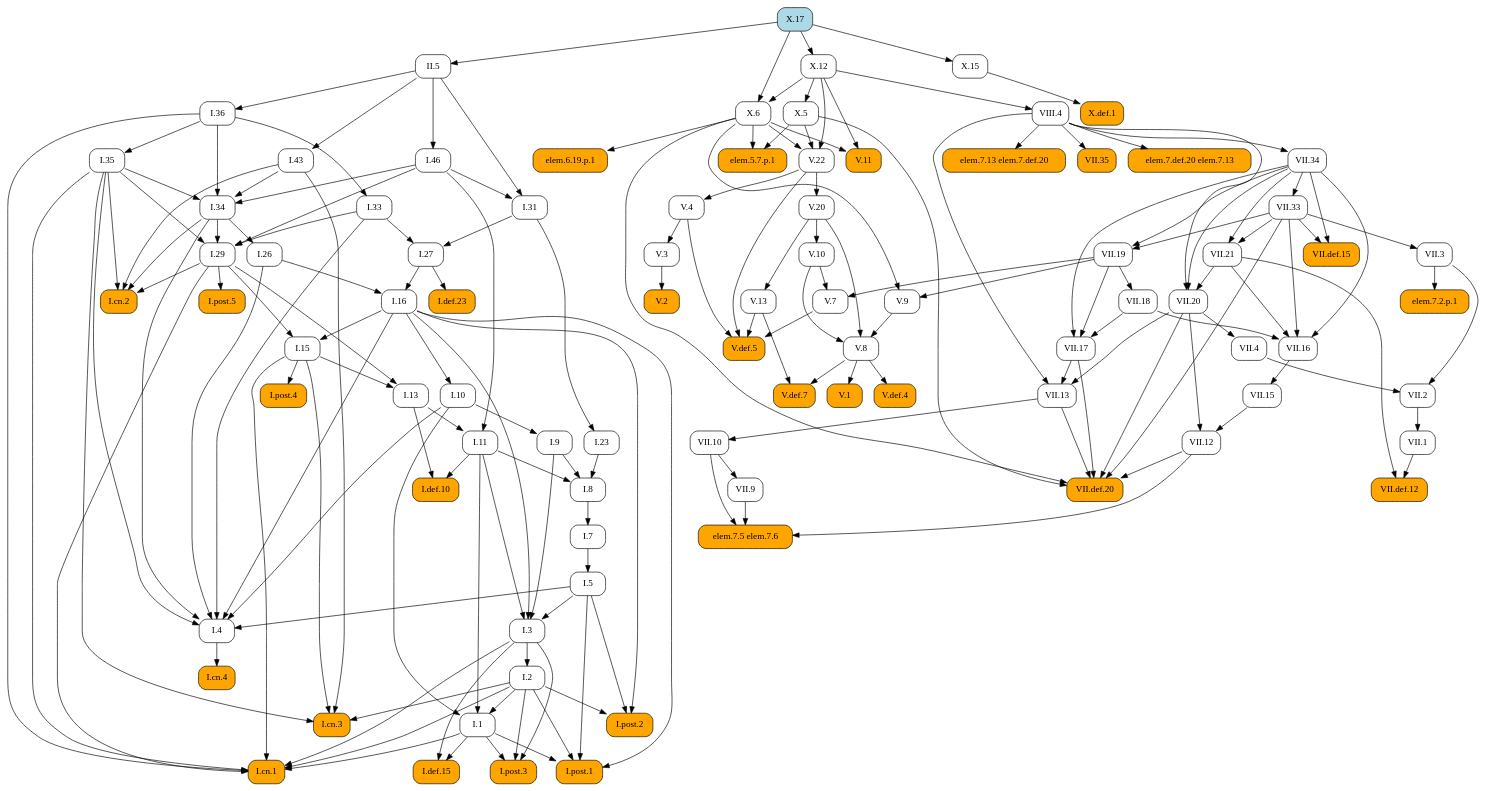
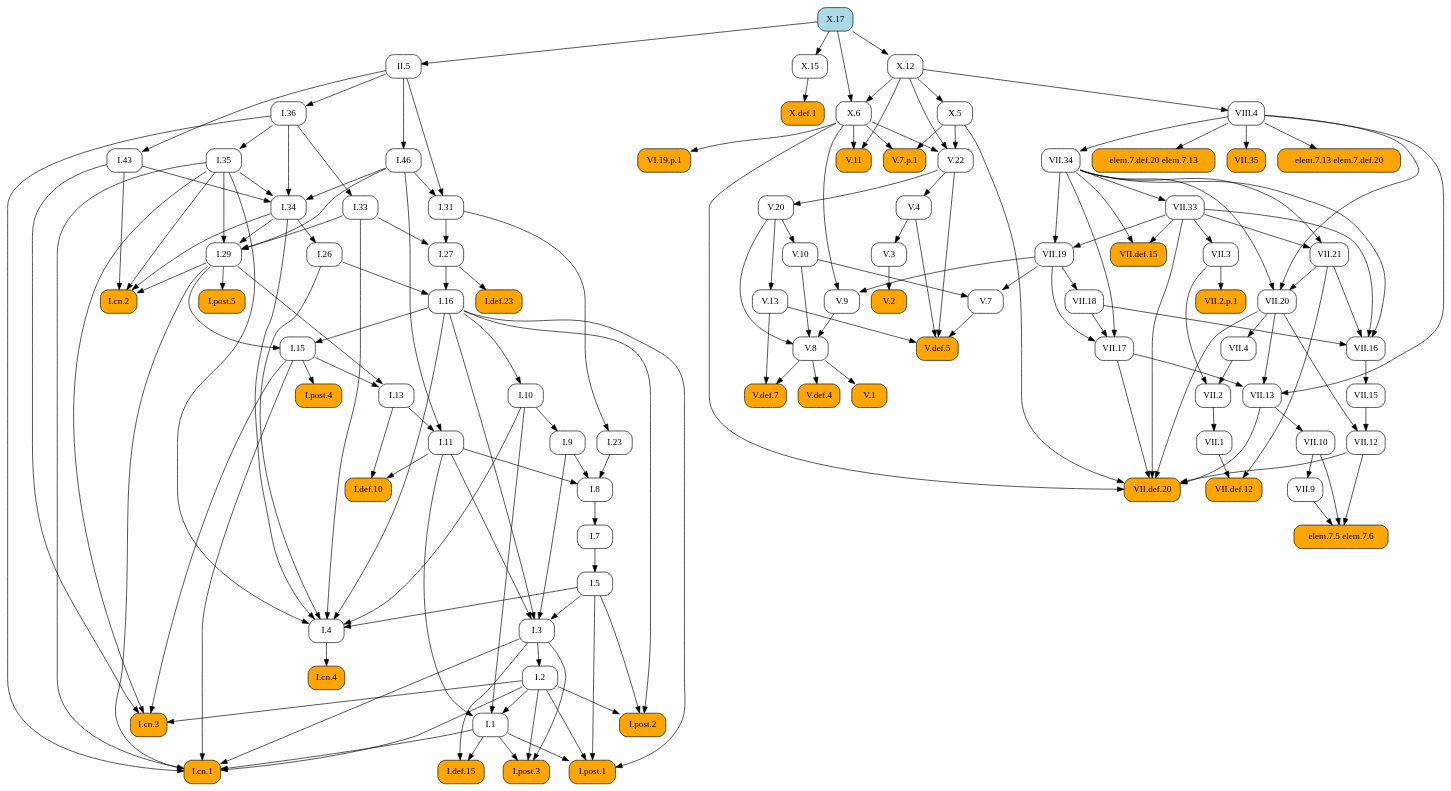
One commit to geometor/elements changed the diagram in docsrc/heath/X/17/index.rst. Above: the diagram before and after it, drawn with Graphviz. The commit also changed 484 other files, not shown here.

```diff
--- a/docsrc/heath/X/17/index.rst
+++ b/docsrc/heath/X/17/index.rst
@@ -70,163 +70,137 @@
    digraph {
      rankdir="TB";
      node [shape=box, style=rounded];
+     "I.23" [URL="/heath/I/23/", target="_top"];
+     "X.15" [URL="/heath/X/15/", target="_top"];
+     "elem.7.def.20 elem.7.13" [style="rounded,filled", fillcolor=orange];
+     "I.9" [URL="/heath/I/9/", target="_top"];
+     "VII.12" [URL="/heath/VII/12/", target="_top"];
+     "VII.34" [URL="/heath/VII/34/", target="_top"];
+     "V.13" [URL="/heath/V/13/", target="_top"];
+     "I.def.15" [style="rounded,filled", fillcolor=orange, URL="/heath/I/def.15/", target="_top"];
+     "VII.16" [URL="/heath/VII/16/", target="_top"];
+     "V.7" [URL="/heath/V/7/", target="_top"];
+     "V.7.p.1" [style="rounded,filled", fillcolor=orange];
+     "I.post.1" [style="rounded,filled", fillcolor=orange, URL="/heath/I/post.1/", target="_top"];
+     "I.43" [URL="/heath/I/43/", target="_top"];
+     "V.9" [URL="/heath/V/9/", target="_top"];
+     "X.6" [URL="/heath/X/6/", target="_top"];
+     "I.31" [URL="/heath/I/31/", target="_top"];
+     "VII.13" [URL="/heath/VII/13/", target="_top"];
      "I.def.10" [style="rounded,filled", fillcolor=orange, URL="/heath/I/def.10/", target="_top"];
+     "V.10" [URL="/heath/V/10/", target="_top"];
+     "VIII.4" [URL="/heath/VIII/4/", target="_top"];
+     "V.4" [URL="/heath/V/4/", target="_top"];
+     "VII.35" [style="rounded,filled", fillcolor=orange, URL="/heath/VII/35/", target="_top"];
+     "V.11" [style="rounded,filled", fillcolor=orange, URL="/heath/V/11/", target="_top"];
+     "VII.2.p.1" [style="rounded,filled", fillcolor=orange];
+     "I.34" [URL="/heath/I/34/", target="_top"];
+     "VII.def.20" [style="rounded,filled", fillcolor=orange, URL="/heath/VII/def.20/", target="_top"];
+     "VII.15" [URL="/heath/VII/15/", target="_top"];
+     "I.3" [URL="/heath/I/3/", target="_top"];
+     "V.def.4" [style="rounded,filled", fillcolor=orange, URL="/heath/V/def.4/", target="_top"];
+     "X.17" [style="rounded,filled", fillcolor=lightblue, URL="/heath/X/17/", target="_top"];
+     "V.def.7" [style="rounded,filled", fillcolor=orange, URL="/heath/V/def.7/", target="_top"];
+     "I.2" [URL="/heath/I/2/", target="_top"];
+     "V.3" [URL="/heath/V/3/", target="_top"];
+     "I.13" [URL="/heath/I/13/", target="_top"];
+     "I.post.4" [style="rounded,filled", fillcolor=orange, URL="/heath/I/post.4/", target="_top"];
+     "I.4" [URL="/heath/I/4/", target="_top"];
+     "I.1" [URL="/heath/I/1/", target="_top"];
+     "I.8" [URL="/heath/I/8/", target="_top"];
+     "VII.21" [URL="/heath/VII/21/", target="_top"];
+     "I.29" [URL="/heath/I/29/", target="_top"];
+     "V.8" [URL="/heath/V/8/", target="_top"];
+     "I.15" [URL="/heath/I/15/", target="_top"];
+     "VII.def.12" [style="rounded,filled", fillcolor=orange, URL="/heath/VII/def.12/", target="_top"];
+     "I.10" [URL="/heath/I/10/", target="_top"];
      "I.11" [URL="/heath/I/11/", target="_top"];
-     "I.post.4" [style="rounded,filled", fillcolor=orange, URL="/heath/I/post.4/", target="_top"];
-     "I.1" [URL="/heath/I/1/", target="_top"];
+     "I.def.23" [style="rounded,filled", fillcolor=orange, URL="/heath/I/def.23/", target="_top"];
+     "elem.7.13 elem.7.def.20" [style="rounded,filled", fillcolor=orange];
+     "VII.20" [URL="/heath/VII/20/", target="_top"];
+     "I.46" [URL="/heath/I/46/", target="_top"];
+     "I.26" [URL="/heath/I/26/", target="_top"];
+     "VII.33" [URL="/heath/VII/33/", target="_top"];
+     "I.33" [URL="/heath/I/33/", target="_top"];
+     "elem.7.5 elem.7.6" [style="rounded,filled", fillcolor=orange];
+     "VII.9" [URL="/heath/VII/9/", target="_top"];
+     "VII.18" [URL="/heath/VII/18/", target="_top"];
+     "X.12" [URL="/heath/X/12/", target="_top"];
+     "I.post.3" [style="rounded,filled", fillcolor=orange, URL="/heath/I/post.3/", target="_top"];
+     "V.def.5" [style="rounded,filled", fillcolor=orange, URL="/heath/V/def.5/", target="_top"];
+     "II.5" [URL="/heath/II/5/", target="_top"];
+     "VII.10" [URL="/heath/VII/10/", target="_top"];
+     "I.27" [URL="/heath/I/27/", target="_top"];
+     "V.20" [URL="/heath/V/20/", target="_top"];
+     "VII.def.15" [style="rounded,filled", fillcolor=orange, URL="/heath/VII/def.15/", target="_top"];
+     "VII.17" [URL="/heath/VII/17/", target="_top"];
+     "VII.19" [URL="/heath/VII/19/", target="_top"];
+     "VII.2" [URL="/heath/VII/2/", target="_top"];
+     "I.35" [URL="/heath/I/35/", target="_top"];
+     "I.cn.1" [style="rounded,filled", fillcolor=orange, URL="/heath/I/cn.1/", target="_top"];
+     "V.2" [style="rounded,filled", fillcolor=orange, URL="/heath/V/2/", target="_top"];
+     "I.7" [URL="/heath/I/7/", target="_top"];
+     "I.36" [URL="/heath/I/36/", target="_top"];
+     "X.def.1" [style="rounded,filled", fillcolor=orange, URL="/heath/X/def.1/", target="_top"];
+     "X.5" [URL="/heath/X/5/", target="_top"];
+     "I.5" [URL="/heath/I/5/", target="_top"];
+     "VI.19.p.1" [style="rounded,filled", fillcolor=orange];
      "VII.1" [URL="/heath/VII/1/", target="_top"];
-     "VII.9" [URL="/heath/VII/9/", target="_top"];
-     "V.def.5" [style="rounded,filled", fillcolor=orange, URL="/heath/V/def.5/", target="_top"];
-     "X.def.1" [style="rounded,filled", fillcolor=orange, URL="/heath/X/def.1/", target="_top"];
-     "V.13" [URL="/heath/V/13/", target="_top"];
-     "V.11" [style="rounded,filled", fillcolor=orange, URL="/heath/V/11/", target="_top"];
-     "X.17" [style="rounded,filled", fillcolor=lightblue, URL="/heath/X/17/", target="_top"];
-     "elem.7.5 elem.7.6" [style="rounded,filled", fillcolor=orange];
-     "I.post.3" [style="rounded,filled", fillcolor=orange, URL="/heath/I/post.3/", target="_top"];
      "I.cn.3" [style="rounded,filled", fillcolor=orange, URL="/heath/I/cn.3/", target="_top"];
-     "VII.13" [URL="/heath/VII/13/", target="_top"];
-     "VII.2" [URL="/heath/VII/2/", target="_top"];
-     "V.3" [URL="/heath/V/3/", target="_top"];
-     "elem.7.13 elem.7.def.20" [style="rounded,filled", fillcolor=orange];
-     "VII.12" [URL="/heath/VII/12/", target="_top"];
-     "I.36" [URL="/heath/I/36/", target="_top"];
-     "VII.def.12" [style="rounded,filled", fillcolor=orange, URL="/heath/VII/def.12/", target="_top"];
-     "V.8" [URL="/heath/V/8/", target="_top"];
-     "I.27" [URL="/heath/I/27/", target="_top"];
-     "elem.7.2.p.1" [style="rounded,filled", fillcolor=orange];
-     "I.34" [URL="/heath/I/34/", target="_top"];
-     "VII.10" [URL="/heath/VII/10/", target="_top"];
-     "I.2" [URL="/heath/I/2/", target="_top"];
-     "I.def.23" [style="rounded,filled", fillcolor=orange, URL="/heath/I/def.23/", target="_top"];
-     "VII.18" [URL="/heath/VII/18/", target="_top"];
-     "I.33" [URL="/heath/I/33/", target="_top"];
-     "I.post.2" [style="rounded,filled", fillcolor=orange, URL="/heath/I/post.2/", target="_top"];
-     "VII.21" [URL="/heath/VII/21/", target="_top"];
-     "VII.20" [URL="/heath/VII/20/", target="_top"];
-     "VII.35" [style="rounded,filled", fillcolor=orange, URL="/heath/VII/35/", target="_top"];
-     "I.9" [URL="/heath/I/9/", target="_top"];
-     "V.def.4" [style="rounded,filled", fillcolor=orange, URL="/heath/V/def.4/", target="_top"];
-     "I.cn.4" [style="rounded,filled", fillcolor=orange, URL="/heath/I/cn.4/", target="_top"];
-     "I.15" [URL="/heath/I/15/", target="_top"];
-     "V.def.7" [style="rounded,filled", fillcolor=orange, URL="/heath/V/def.7/", target="_top"];
-     "VII.def.20" [style="rounded,filled", fillcolor=orange, URL="/heath/VII/def.20/", target="_top"];
-     "I.5" [URL="/heath/I/5/", target="_top"];
-     "elem.7.def.20 elem.7.13" [style="rounded,filled", fillcolor=orange];
-     "I.26" [URL="/heath/I/26/", target="_top"];
-     "I.29" [URL="/heath/I/29/", target="_top"];
+     "I.16" [URL="/heath/I/16/", target="_top"];
+     "VII.4" [URL="/heath/VII/4/", target="_top"];
+     "V.1" [style="rounded,filled", fillcolor=orange, URL="/heath/V/1/", target="_top"];
      "V.22" [URL="/heath/V/22/", target="_top"];
      "I.cn.2" [style="rounded,filled", fillcolor=orange, URL="/heath/I/cn.2/", target="_top"];
-     "X.6" [URL="/heath/X/6/", target="_top"];
-     "V.20" [URL="/heath/V/20/", target="_top"];
-     "V.10" [URL="/heath/V/10/", target="_top"];
-     "VII.17" [URL="/heath/VII/17/", target="_top"];
+     "I.post.5" [style="rounded,filled", fillcolor=orange, URL="/heath/I/post.5/", target="_top"];
      "VII.3" [URL="/heath/VII/3/", target="_top"];
-     "I.def.15" [style="rounded,filled", fillcolor=orange, URL="/heath/I/def.15/", target="_top"];
-     "II.5" [URL="/heath/II/5/", target="_top"];
-     "I.cn.1" [style="rounded,filled", fillcolor=orange, URL="/heath/I/cn.1/", target="_top"];
-     "V.7" [URL="/heath/V/7/", target="_top"];
-     "V.9" [URL="/heath/V/9/", target="_top"];
-     "I.23" [URL="/heath/I/23/", target="_top"];
-     "I.43" [URL="/heath/I/43/", target="_top"];
-     "I.post.1" [style="rounded,filled", fillcolor=orange, URL="/heath/I/post.1/", target="_top"];
-     "X.12" [URL="/heath/X/12/", target="_top"];
-     "elem.6.19.p.1" [style="rounded,filled", fillcolor=orange];
-     "I.35" [URL="/heath/I/35/", target="_top"];
-     "I.10" [URL="/heath/I/10/", target="_top"];
-     "I.46" [URL="/heath/I/46/", target="_top"];
-     "VII.33" [URL="/heath/VII/33/", target="_top"];
-     "I.7" [URL="/heath/I/7/", target="_top"];
-     "I.3" [URL="/heath/I/3/", target="_top"];
-     "VII.def.15" [style="rounded,filled", fillcolor=orange, URL="/heath/VII/def.15/", target="_top"];
-     "I.4" [URL="/heath/I/4/", target="_top"];
-     "VII.19" [URL="/heath/VII/19/", target="_top"];
-     "I.13" [URL="/heath/I/13/", target="_top"];
-     "VII.16" [URL="/heath/VII/16/", target="_top"];
-     "V.4" [URL="/heath/V/4/", target="_top"];
-     "elem.5.7.p.1" [style="rounded,filled", fillcolor=orange];
-     "VII.4" [URL="/heath/VII/4/", target="_top"];
-     "I.31" [URL="/heath/I/31/", target="_top"];
-     "VIII.4" [URL="/heath/VIII/4/", target="_top"];
-     "V.1" [style="rounded,filled", fillcolor=orange, URL="/heath/V/1/", target="_top"];
-     "I.16" [URL="/heath/I/16/", target="_top"];
-     "X.5" [URL="/heath/X/5/", target="_top"];
-     "VII.34" [URL="/heath/VII/34/", target="_top"];
-     "I.8" [URL="/heath/I/8/", target="_top"];
-     "V.2" [style="rounded,filled", fillcolor=orange, URL="/heath/V/2/", target="_top"];
-     "I.post.5" [style="rounded,filled", fillcolor=orange, URL="/heath/I/post.5/", target="_top"];
-     "X.15" [URL="/heath/X/15/", target="_top"];
-     "VII.15" [URL="/heath/VII/15/", target="_top"];
-     "I.11" -> "I.def.10";
-     "I.13" -> "I.def.10";
-     "I.13" -> "I.11";
-     "I.46" -> "I.11";
-     "I.15" -> "I.post.4";
-     "I.2" -> "I.1";
-     "I.10" -> "I.1";
-     "I.11" -> "I.1";
-     "VII.2" -> "VII.1";
-     "VII.10" -> "VII.9";
-     "V.4" -> "V.def.5";
-     "V.7" -> "V.def.5";
-     "V.13" -> "V.def.5";
-     "V.22" -> "V.def.5";
-     "X.15" -> "X.def.1";
+     "I.cn.4" [style="rounded,filled", fillcolor=orange, URL="/heath/I/cn.4/", target="_top"];
+     "I.post.2" [style="rounded,filled", fillcolor=orange, URL="/heath/I/post.2/", target="_top"];
+     "I.31" -> "I.23";
+     "X.17" -> "X.15";
+     "VIII.4" -> "elem.7.def.20 elem.7.13";
+     "I.10" -> "I.9";
+     "VII.15" -> "VII.12";
+     "VII.20" -> "VII.12";
+     "VIII.4" -> "VII.34";
      "V.20" -> "V.13";
-     "X.6" -> "V.11";
-     "X.12" -> "V.11";
-     "VII.9" -> "elem.7.5 elem.7.6";
-     "VII.10" -> "elem.7.5 elem.7.6";
-     "VII.12" -> "elem.7.5 elem.7.6";
-     "I.1" -> "I.post.3";
-     "I.2" -> "I.post.3";
-     "I.3" -> "I.post.3";
-     "I.2" -> "I.cn.3";
-     "I.15" -> "I.cn.3";
-     "I.35" -> "I.cn.3";
-     "I.43" -> "I.cn.3";
+     "I.1" -> "I.def.15";
+     "I.3" -> "I.def.15";
+     "VII.18" -> "VII.16";
+     "VII.21" -> "VII.16";
+     "VII.33" -> "VII.16";
+     "VII.34" -> "VII.16";
+     "V.10" -> "V.7";
+     "VII.19" -> "V.7";
+     "X.5" -> "V.7.p.1";
+     "X.6" -> "V.7.p.1";
+     "I.1" -> "I.post.1";
+     "I.2" -> "I.post.1";
+     "I.5" -> "I.post.1";
+     "I.16" -> "I.post.1";
+     "II.5" -> "I.43";
+     "VII.19" -> "V.9";
+     "X.6" -> "V.9";
+     "X.12" -> "X.6";
+     "X.17" -> "X.6";
+     "I.46" -> "I.31";
+     "II.5" -> "I.31";
      "VII.17" -> "VII.13";
      "VII.20" -> "VII.13";
      "VIII.4" -> "VII.13";
-     "VII.3" -> "VII.2";
-     "VII.4" -> "VII.2";
-     "V.4" -> "V.3";
-     "VIII.4" -> "elem.7.13 elem.7.def.20";
-     "VII.15" -> "VII.12";
-     "VII.20" -> "VII.12";
-     "II.5" -> "I.36";
-     "VII.1" -> "VII.def.12";
-     "VII.21" -> "VII.def.12";
-     "V.9" -> "V.8";
-     "V.10" -> "V.8";
-     "V.20" -> "V.8";
-     "I.31" -> "I.27";
-     "I.33" -> "I.27";
-     "VII.3" -> "elem.7.2.p.1";
+     "I.11" -> "I.def.10";
+     "I.13" -> "I.def.10";
+     "V.20" -> "V.10";
+     "X.12" -> "VIII.4";
+     "V.22" -> "V.4";
+     "VIII.4" -> "VII.35";
+     "X.6" -> "V.11";
+     "X.12" -> "V.11";
+     "VII.3" -> "VII.2.p.1";
      "I.35" -> "I.34";
      "I.36" -> "I.34";
      "I.43" -> "I.34";
      "I.46" -> "I.34";
-     "VII.13" -> "VII.10";
-     "I.3" -> "I.2";
-     "I.27" -> "I.def.23";
-     "VII.19" -> "VII.18";
-     "I.36" -> "I.33";
-     "I.2" -> "I.post.2";
-     "I.5" -> "I.post.2";
-     "I.16" -> "I.post.2";
-     "VII.33" -> "VII.21";
-     "VII.34" -> "VII.21";
-     "VII.21" -> "VII.20";
-     "VII.34" -> "VII.20";
-     "VIII.4" -> "VII.20";
-     "VIII.4" -> "VII.35";
-     "I.10" -> "I.9";
-     "V.8" -> "V.def.4";
-     "I.4" -> "I.cn.4";
-     "I.16" -> "I.15";
-     "I.29" -> "I.15";
-     "V.8" -> "V.def.7";
-     "V.13" -> "V.def.7";
      "VII.12" -> "VII.def.20";
      "VII.13" -> "VII.def.20";
      "VII.17" -> "VII.def.20";
@@ -234,13 +208,108 @@
      "VII.33" -> "VII.def.20";
      "X.5" -> "VII.def.20";
      "X.6" -> "VII.def.20";
-     "I.7" -> "I.5";
-     "VIII.4" -> "elem.7.def.20 elem.7.13";
-     "I.34" -> "I.26";
+     "VII.16" -> "VII.15";
+     "I.5" -> "I.3";
+     "I.9" -> "I.3";
+     "I.11" -> "I.3";
+     "I.16" -> "I.3";
+     "V.8" -> "V.def.4";
+     "V.8" -> "V.def.7";
+     "V.13" -> "V.def.7";
+     "I.3" -> "I.2";
+     "V.4" -> "V.3";
+     "I.15" -> "I.13";
+     "I.29" -> "I.13";
+     "I.15" -> "I.post.4";
+     "I.5" -> "I.4";
+     "I.10" -> "I.4";
+     "I.16" -> "I.4";
+     "I.26" -> "I.4";
+     "I.33" -> "I.4";
+     "I.34" -> "I.4";
+     "I.35" -> "I.4";
+     "I.2" -> "I.1";
+     "I.10" -> "I.1";
+     "I.11" -> "I.1";
+     "I.9" -> "I.8";
+     "I.11" -> "I.8";
+     "I.23" -> "I.8";
+     "VII.33" -> "VII.21";
+     "VII.34" -> "VII.21";
      "I.33" -> "I.29";
      "I.34" -> "I.29";
      "I.35" -> "I.29";
      "I.46" -> "I.29";
+     "V.9" -> "V.8";
+     "V.10" -> "V.8";
+     "V.20" -> "V.8";
+     "I.16" -> "I.15";
+     "I.29" -> "I.15";
+     "VII.1" -> "VII.def.12";
+     "VII.21" -> "VII.def.12";
+     "I.16" -> "I.10";
+     "I.13" -> "I.11";
+     "I.46" -> "I.11";
+     "I.27" -> "I.def.23";
+     "VIII.4" -> "elem.7.13 elem.7.def.20";
+     "VII.21" -> "VII.20";
+     "VII.34" -> "VII.20";
+     "VIII.4" -> "VII.20";
+     "II.5" -> "I.46";
+     "I.34" -> "I.26";
+     "VII.34" -> "VII.33";
+     "I.36" -> "I.33";
+     "VII.9" -> "elem.7.5 elem.7.6";
+     "VII.10" -> "elem.7.5 elem.7.6";
+     "VII.12" -> "elem.7.5 elem.7.6";
+     "VII.10" -> "VII.9";
+     "VII.19" -> "VII.18";
+     "X.17" -> "X.12";
+     "I.1" -> "I.post.3";
+     "I.2" -> "I.post.3";
+     "I.3" -> "I.post.3";
+     "V.4" -> "V.def.5";
+     "V.7" -> "V.def.5";
+     "V.13" -> "V.def.5";
+     "V.22" -> "V.def.5";
+     "X.17" -> "II.5";
+     "VII.13" -> "VII.10";
+     "I.31" -> "I.27";
+     "I.33" -> "I.27";
+     "V.22" -> "V.20";
+     "VII.33" -> "VII.def.15";
+     "VII.34" -> "VII.def.15";
+     "VII.18" -> "VII.17";
+     "VII.19" -> "VII.17";
+     "VII.34" -> "VII.17";
+     "VII.33" -> "VII.19";
+     "VII.34" -> "VII.19";
+     "VII.3" -> "VII.2";
+     "VII.4" -> "VII.2";
+     "I.36" -> "I.35";
+     "I.1" -> "I.cn.1";
+     "I.2" -> "I.cn.1";
+     "I.3" -> "I.cn.1";
+     "I.15" -> "I.cn.1";
+     "I.29" -> "I.cn.1";
+     "I.35" -> "I.cn.1";
+     "I.36" -> "I.cn.1";
+     "V.3" -> "V.2";
+     "I.8" -> "I.7";
+     "II.5" -> "I.36";
+     "X.15" -> "X.def.1";
+     "X.12" -> "X.5";
+     "I.7" -> "I.5";
+     "X.6" -> "VI.19.p.1";
+     "VII.2" -> "VII.1";
+     "I.2" -> "I.cn.3";
+     "I.15" -> "I.cn.3";
+     "I.35" -> "I.cn.3";
+     "I.43" -> "I.cn.3";
+     "I.26" -> "I.16";
+     "I.27" -> "I.16";
+     "VII.20" -> "VII.4";
+     "V.8" -> "V.1";
      "X.5" -> "V.22";
      "X.6" -> "V.22";
      "X.12" -> "V.22";
@@ -248,79 +317,10 @@
      "I.34" -> "I.cn.2";
      "I.35" -> "I.cn.2";
      "I.43" -> "I.cn.2";
-     "X.12" -> "X.6";
-     "X.17" -> "X.6";
-     "V.22" -> "V.20";
-     "V.20" -> "V.10";
-     "VII.18" -> "VII.17";
-     "VII.19" -> "VII.17";
-     "VII.34" -> "VII.17";
+     "I.29" -> "I.post.5";
      "VII.33" -> "VII.3";
-     "I.1" -> "I.def.15";
-     "I.3" -> "I.def.15";
-     "X.17" -> "II.5";
-     "I.1" -> "I.cn.1";
-     "I.2" -> "I.cn.1";
-     "I.3" -> "I.cn.1";
-     "I.15" -> "I.cn.1";
-     "I.29" -> "I.cn.1";
-     "I.35" -> "I.cn.1";
-     "I.36" -> "I.cn.1";
-     "V.10" -> "V.7";
-     "VII.19" -> "V.7";
-     "VII.19" -> "V.9";
-     "X.6" -> "V.9";
-     "I.31" -> "I.23";
-     "II.5" -> "I.43";
-     "I.1" -> "I.post.1";
-     "I.2" -> "I.post.1";
-     "I.5" -> "I.post.1";
-     "I.16" -> "I.post.1";
-     "X.17" -> "X.12";
-     "X.6" -> "elem.6.19.p.1";
-     "I.36" -> "I.35";
-     "I.16" -> "I.10";
-     "II.5" -> "I.46";
-     "VII.34" -> "VII.33";
-     "I.8" -> "I.7";
-     "I.5" -> "I.3";
-     "I.9" -> "I.3";
-     "I.11" -> "I.3";
-     "I.16" -> "I.3";
-     "VII.33" -> "VII.def.15";
-     "VII.34" -> "VII.def.15";
-     "I.5" -> "I.4";
-     "I.10" -> "I.4";
-     "I.16" -> "I.4";
-     "I.26" -> "I.4";
-     "I.33" -> "I.4";
-     "I.34" -> "I.4";
-     "I.35" -> "I.4";
-     "VII.33" -> "VII.19";
-     "VII.34" -> "VII.19";
-     "I.15" -> "I.13";
-     "I.29" -> "I.13";
-     "VII.18" -> "VII.16";
-     "VII.21" -> "VII.16";
-     "VII.33" -> "VII.16";
-     "VII.34" -> "VII.16";
-     "V.22" -> "V.4";
-     "X.5" -> "elem.5.7.p.1";
-     "X.6" -> "elem.5.7.p.1";
-     "VII.20" -> "VII.4";
-     "I.46" -> "I.31";
-     "II.5" -> "I.31";
-     "X.12" -> "VIII.4";
-     "V.8" -> "V.1";
-     "I.26" -> "I.16";
-     "I.27" -> "I.16";
-     "X.12" -> "X.5";
-     "VIII.4" -> "VII.34";
-     "I.9" -> "I.8";
-     "I.11" -> "I.8";
-     "I.23" -> "I.8";
-     "V.3" -> "V.2";
-     "I.29" -> "I.post.5";
-     "X.17" -> "X.15";
-     "VII.16" -> "VII.15";
+     "I.4" -> "I.cn.4";
+     "I.2" -> "I.post.2";
+     "I.5" -> "I.post.2";
+     "I.16" -> "I.post.2";
    }
```
